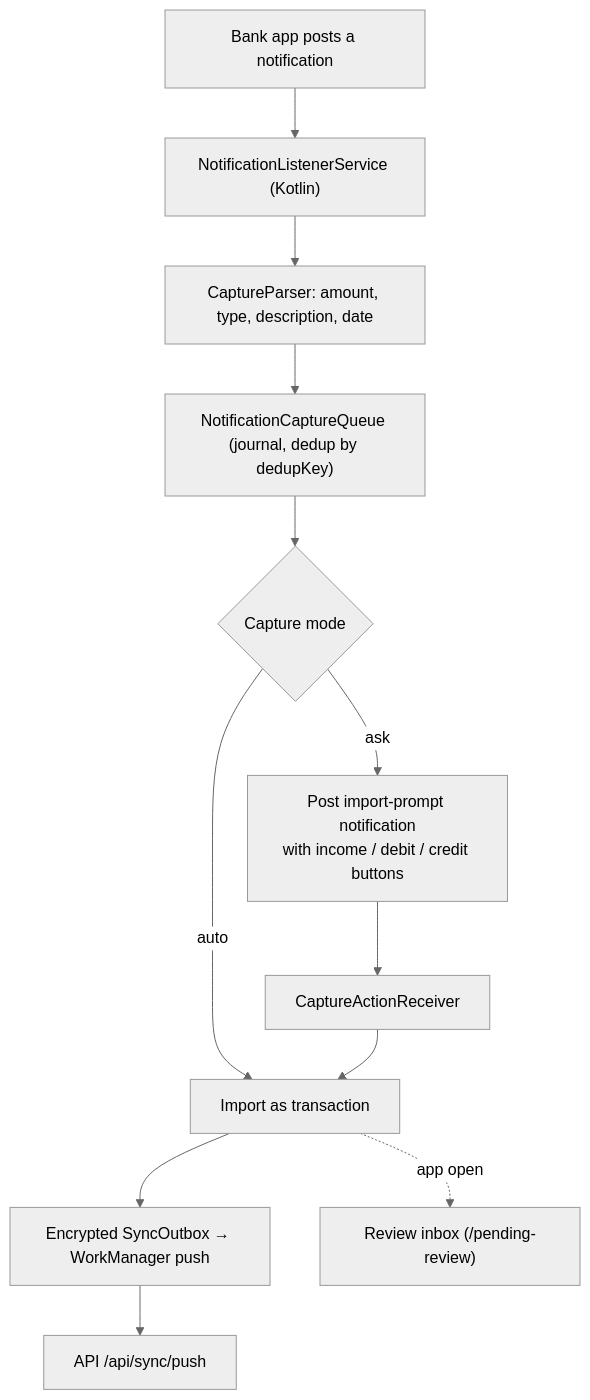
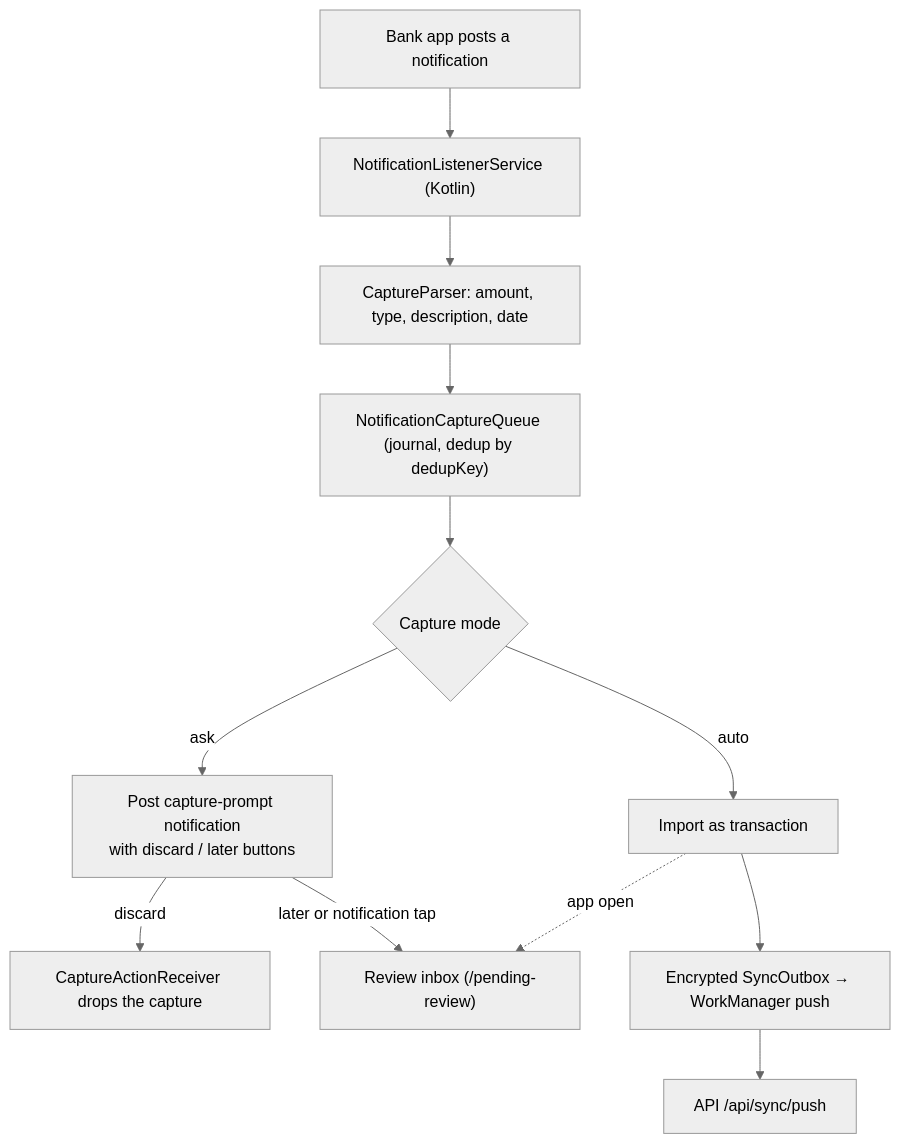
One commit to diegobraga92/PudimFinance changed the fifth of 7 diagrams in docs/overview.md. Above: the diagram before and after it, drawn with Mermaid (neutral theme). The commit also changed 25 other files, not shown here.

````diff
--- a/docs/overview.md
+++ b/docs/overview.md
@@ -223,14 +223,14 @@
 ```mermaid
 flowchart TD
     N["Bank app posts a notification"] --> L["NotificationListenerService (Kotlin)"]
     L --> P["CaptureParser: amount, type, description, date"]
     P --> Q["NotificationCaptureQueue (journal, dedup by dedupKey)"]
     Q --> S{"Capture mode"}
     S -->|"auto"| I["Import as transaction"]
-    S -->|"ask"| Prompt["Post import-prompt notification<br/>with income / debit / credit buttons"]
-    Prompt --> R["CaptureActionReceiver"]
-    R --> I
+    S -->|"ask"| Prompt["Post capture-prompt notification<br/>with discard / later buttons"]
+    Prompt -->|"discard"| D["CaptureActionReceiver drops the capture"]
+    Prompt -->|"later or notification tap"| UI["Review inbox (/pending-review)"]
     I --> O["Encrypted SyncOutbox → WorkManager push"]
     O --> API["API /api/sync/push"]
-    I -.->|"app open"| UI["Review inbox (/pending-review)"]
+    I -.->|"app open"| UI
 ```
````
